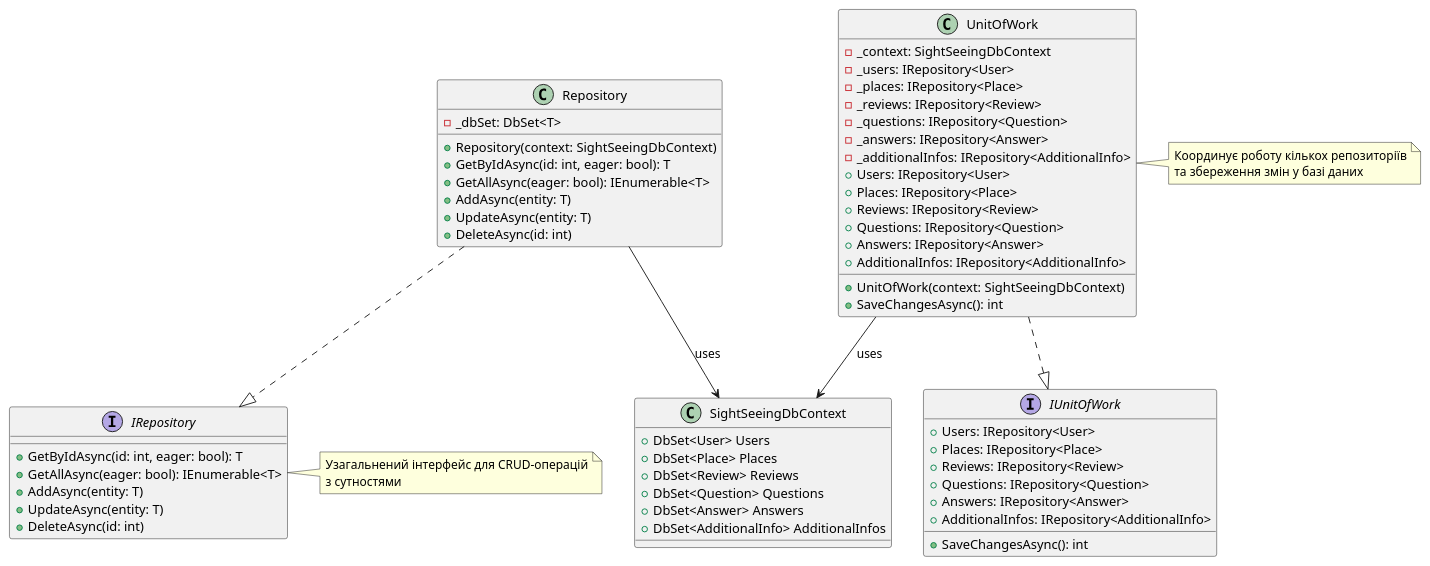
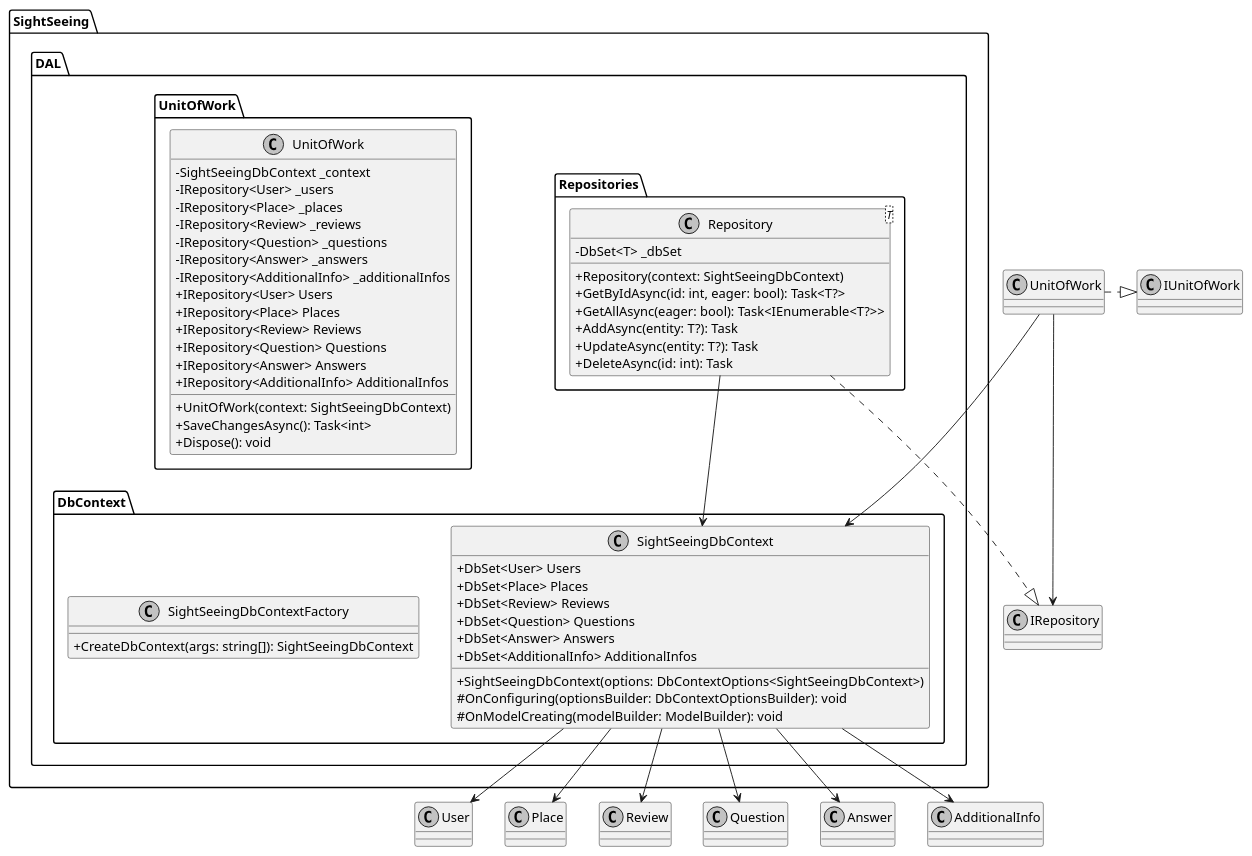
Before and after one commit to Vadz-Danil/Lab4Appz: the diagram in Sightseeing.WEB/Diagram DAL.puml, drawn with PlantUML. The commit also changed 6 other files, not shown here.

Commit message:
Add UML Diagrams

```diff
--- a/Sightseeing.WEB/Diagram DAL.puml
+++ b/Sightseeing.WEB/Diagram DAL.puml
@@ -1,73 +1,74 @@
-@startuml DAL
+@startuml
 
-class SightSeeingDbContext {
-    +DbSet<User> Users
-    +DbSet<Place> Places
-    +DbSet<Review> Reviews
-    +DbSet<Question> Questions
-    +DbSet<Answer> Answers
-    +DbSet<AdditionalInfo> AdditionalInfos
+skinparam monochrome true
+skinparam classAttributeIconSize 0
+
+package "SightSeeing.DAL" {
+  package "DbContext" {
+    class SightSeeingDbContext {
+      +DbSet<User> Users
+      +DbSet<Place> Places
+      +DbSet<Review> Reviews
+      +DbSet<Question> Questions
+      +DbSet<Answer> Answers
+      +DbSet<AdditionalInfo> AdditionalInfos
+      +SightSeeingDbContext(options: DbContextOptions<SightSeeingDbContext>)
+      #OnConfiguring(optionsBuilder: DbContextOptionsBuilder): void
+      #OnModelCreating(modelBuilder: ModelBuilder): void
+    }
+
+    class SightSeeingDbContextFactory {
+      +CreateDbContext(args: string[]): SightSeeingDbContext
+    }
+  }
+
+  package "Repositories" {
+    class Repository<T> {
+      -DbSet<T> _dbSet
+      +Repository(context: SightSeeingDbContext)
+      +GetByIdAsync(id: int, eager: bool): Task<T?>
+      +GetAllAsync(eager: bool): Task<IEnumerable<T?>>
+      +AddAsync(entity: T?): Task
+      +UpdateAsync(entity: T?): Task
+      +DeleteAsync(id: int): Task
+    }
+  }
+
+  package "UnitOfWork" {
+    class UnitOfWork {
+      -SightSeeingDbContext _context
+      -IRepository<User> _users
+      -IRepository<Place> _places
+      -IRepository<Review> _reviews
+      -IRepository<Question> _questions
+      -IRepository<Answer> _answers
+      -IRepository<AdditionalInfo> _additionalInfos
+      +UnitOfWork(context: SightSeeingDbContext)
+      +IRepository<User> Users
+      +IRepository<Place> Places
+      +IRepository<Review> Reviews
+      +IRepository<Question> Questions
+      +IRepository<Answer> Answers
+      +IRepository<AdditionalInfo> AdditionalInfos
+      +SaveChangesAsync(): Task<int>
+      +Dispose(): void
+    }
+  }
 }
 
-interface IRepository {
-    +GetByIdAsync(id: int, eager: bool): T
-    +GetAllAsync(eager: bool): IEnumerable<T>
-    +AddAsync(entity: T)
-    +UpdateAsync(entity: T)
-    +DeleteAsync(id: int)
-}
+' Dependencies
+Repository .|> IRepository
+UnitOfWork .|> IUnitOfWork
 
-class Repository {
-    -_dbSet: DbSet<T>
-    +Repository(context: SightSeeingDbContext)
-    +GetByIdAsync(id: int, eager: bool): T
-    +GetAllAsync(eager: bool): IEnumerable<T>
-    +AddAsync(entity: T)
-    +UpdateAsync(entity: T)
-    +DeleteAsync(id: int)
-}
+Repository --> SightSeeingDbContext
+UnitOfWork --> SightSeeingDbContext
+UnitOfWork --> IRepository
 
-interface IUnitOfWork {
-    +Users: IRepository<User>
-    +Places: IRepository<Place>
-    +Reviews: IRepository<Review>
-    +Questions: IRepository<Question>
-    +Answers: IRepository<Answer>
-    +AdditionalInfos: IRepository<AdditionalInfo>
-    +SaveChangesAsync(): int
-}
-
-class UnitOfWork {
-    -_context: SightSeeingDbContext
-    -_users: IRepository<User>
-    -_places: IRepository<Place>
-    -_reviews: IRepository<Review>
-    -_questions: IRepository<Question>
-    -_answers: IRepository<Answer>
-    -_additionalInfos: IRepository<AdditionalInfo>
-    +UnitOfWork(context: SightSeeingDbContext)
-    +Users: IRepository<User>
-    +Places: IRepository<Place>
-    +Reviews: IRepository<Review>
-    +Questions: IRepository<Question>
-    +Answers: IRepository<Answer>
-    +AdditionalInfos: IRepository<AdditionalInfo>
-    +SaveChangesAsync(): int
-}
-
-Repository ..|> IRepository
-UnitOfWork ..|> IUnitOfWork
-UnitOfWork --> SightSeeingDbContext : uses
-Repository --> SightSeeingDbContext : uses
-
-note right of IRepository
-  Узагальнений інтерфейс для CRUD-операцій
-  з сутностями
-end note
-
-note right of UnitOfWork
-  Координує роботу кількох репозиторіїв
-  та збереження змін у базі даних
-end note
+SightSeeingDbContext --> User
+SightSeeingDbContext --> Place
+SightSeeingDbContext --> Review
+SightSeeingDbContext --> Question
+SightSeeingDbContext --> Answer
+SightSeeingDbContext --> AdditionalInfo
 
 @enduml
```
